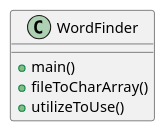
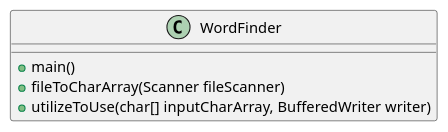
One commit to JesseJ756/JavaPractice changed the diagram in src/main/java/ex45/ex45.puml. Above: the diagram before and after it, drawn with PlantUML. The commit also changed 2 other files, not shown here.

Commit message:
added Pseudo Code to ex45, deleted Pseudo Code from ex45 Java code, updated UML

```diff
--- a/src/main/java/ex45/ex45.puml
+++ b/src/main/java/ex45/ex45.puml
@@ -1,8 +1,8 @@
 @startuml
 'https://plantuml.com/sequence-diagram
 
 WordFinder : + main()
-WordFinder : + fileToCharArray()
-WordFinder : + utilizeToUse()
+WordFinder : + fileToCharArray(Scanner fileScanner)
+WordFinder : + utilizeToUse(char[] inputCharArray, BufferedWriter writer)
 
 @enduml
```
